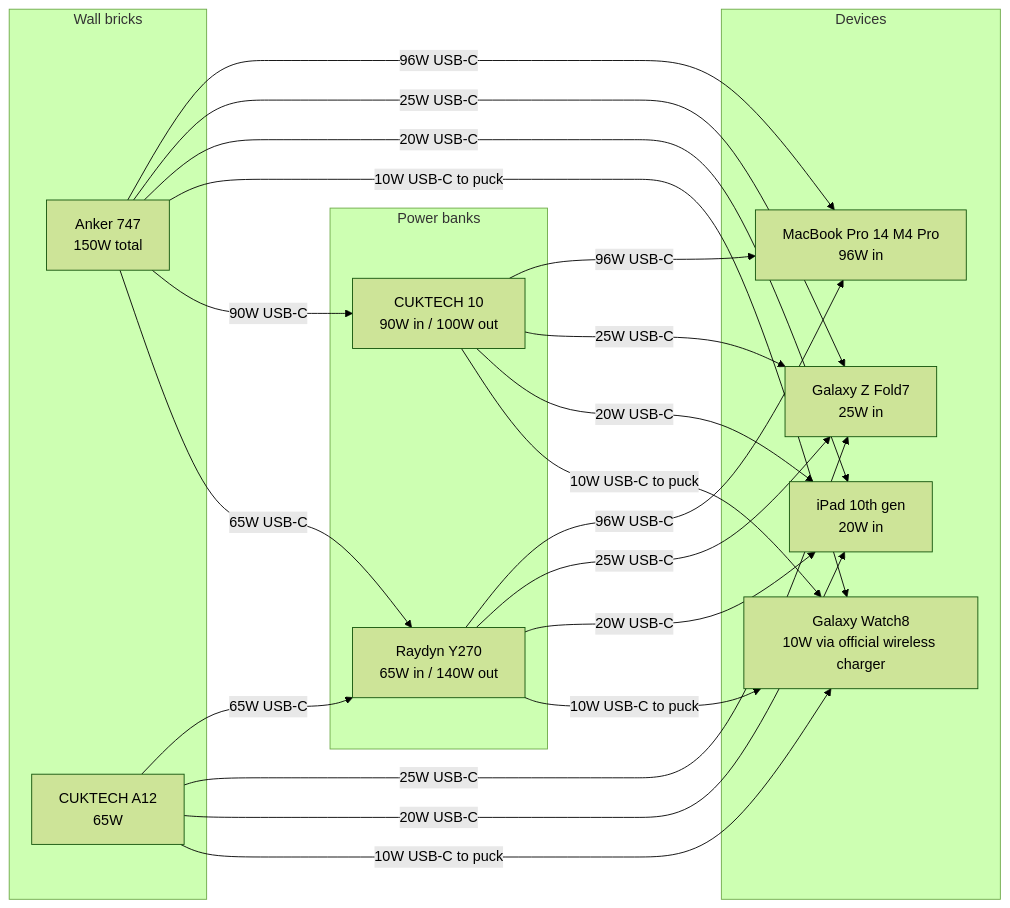
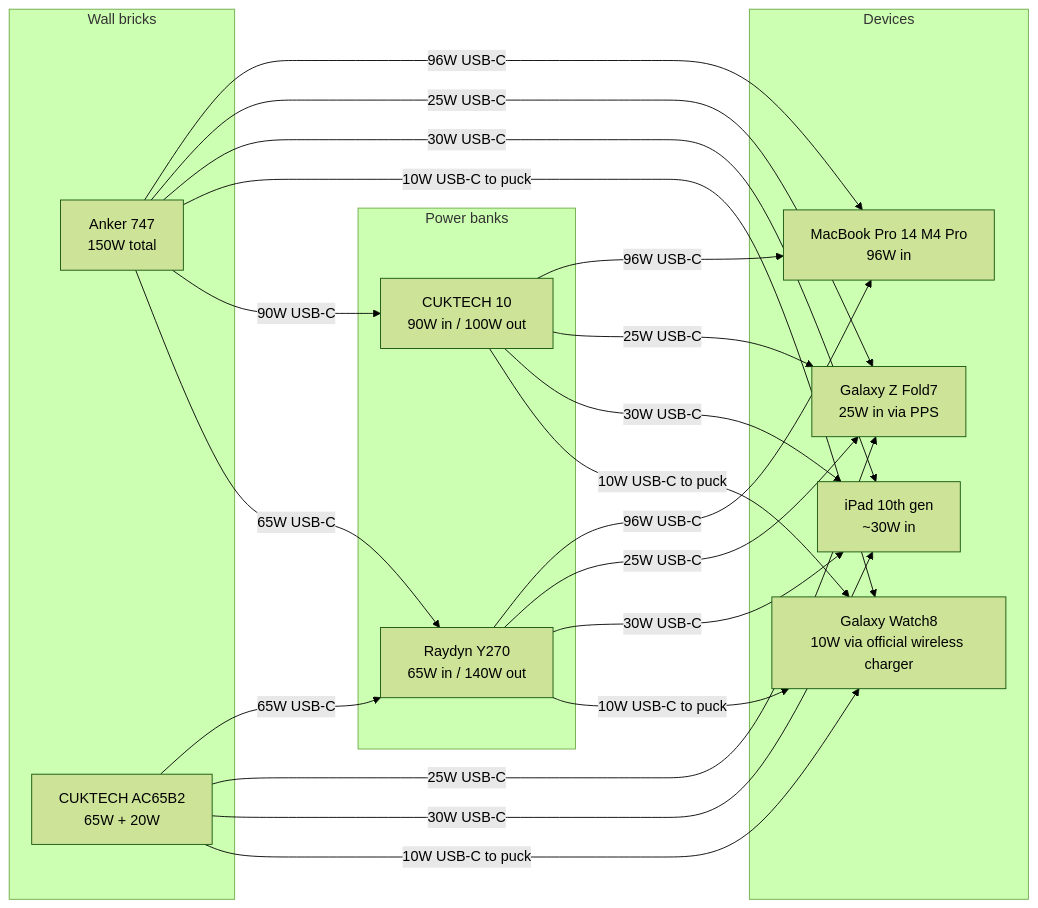
One commit to kaovilai/charge-arsenal changed the first of 2 diagrams in README.md. Above: the diagram before and after it, drawn with Mermaid (forest theme). The commit also changed other lines of this file and 11 other files, not shown here.

````diff
--- a/README.md
+++ b/README.md
@@ -47,41 +56,41 @@
 ```mermaid
 flowchart LR
     subgraph wall[Wall bricks]
         anker[Anker 747<br/>150W total]
-        a12[CUKTECH A12<br/>65W]
+        a12[CUKTECH AC65B2<br/>65W + 20W]
     end
 
     subgraph banks[Power banks]
         y270[Raydyn Y270<br/>65W in / 140W out]
         cuk10[CUKTECH 10<br/>90W in / 100W out]
     end
 
     subgraph devices[Devices]
         mac[MacBook Pro 14 M4 Pro<br/>96W in]
-        fold[Galaxy Z Fold7<br/>25W in]
-        ipad[iPad 10th gen<br/>20W in]
+        fold[Galaxy Z Fold7<br/>25W in via PPS]
+        ipad[iPad 10th gen<br/>~30W in]
         watch[Galaxy Watch8<br/>10W via official wireless charger]
     end
 
     anker -->|96W USB-C| mac
     anker -->|25W USB-C| fold
-    anker -->|20W USB-C| ipad
+    anker -->|30W USB-C| ipad
     anker -->|10W USB-C to puck| watch
     anker -->|90W USB-C| cuk10
     anker -->|65W USB-C| y270
 
     a12 -->|65W USB-C| y270
     a12 -->|25W USB-C| fold
-    a12 -->|20W USB-C| ipad
+    a12 -->|30W USB-C| ipad
     a12 -->|10W USB-C to puck| watch
 
     y270 -->|96W USB-C| mac
     y270 -->|25W USB-C| fold
-    y270 -->|20W USB-C| ipad
+    y270 -->|30W USB-C| ipad
     y270 -->|10W USB-C to puck| watch
 
     cuk10 -->|96W USB-C| mac
     cuk10 -->|25W USB-C| fold
-    cuk10 -->|20W USB-C| ipad
+    cuk10 -->|30W USB-C| ipad
     cuk10 -->|10W USB-C to puck| watch
 ```
````
